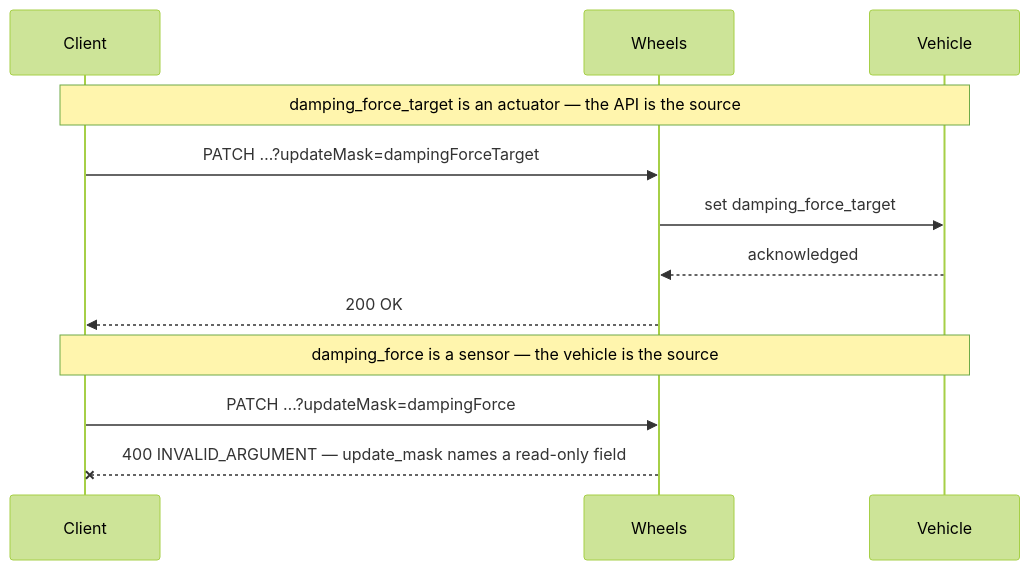
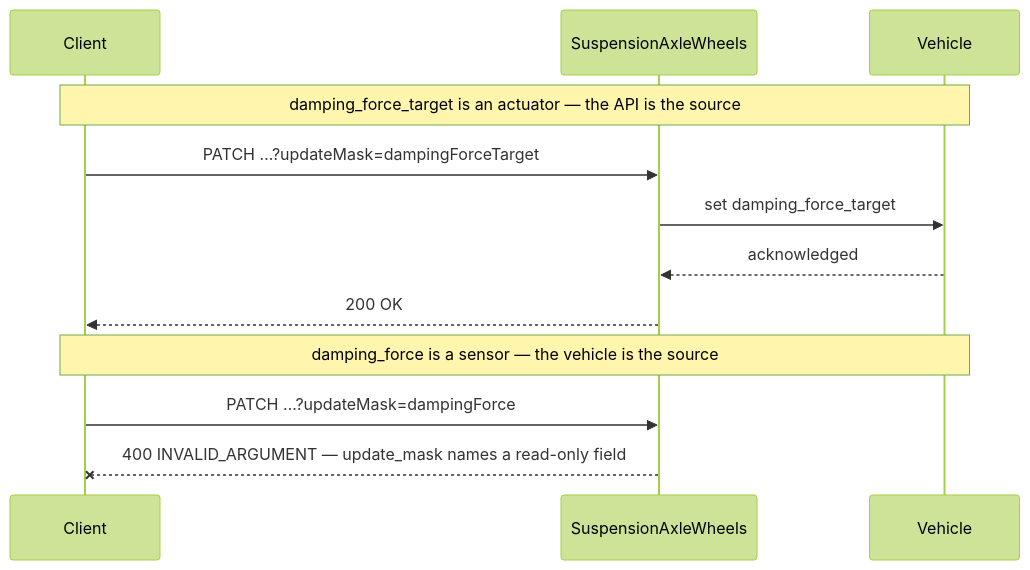
One commit to oh-tarnished/coversa-protobuf changed the second of 5 diagrams in protobuf/covesa/vss/motion/suspension_axle_wheel/README.md. Above: the diagram before and after it, drawn with Mermaid (forest theme). The commit also changed other lines of this file and 40 other files, not shown here.

First line of the commit message:
feat: Introduce BrakeAxleWheel and ChassisAxleWheel schemas

````diff
--- a/protobuf/covesa/vss/motion/suspension_axle_wheel/README.md
+++ b/protobuf/covesa/vss/motion/suspension_axle_wheel/README.md
@@ -65,16 +65,16 @@
 ```mermaid
 sequenceDiagram
   participant C as Client
-  participant A as Wheels
+  participant A as SuspensionAxleWheels
   participant V as Vehicle
 
   Note over C,V: damping_force_target is an actuator — the API is the source
   C->>A: PATCH …?updateMask=dampingForceTarget
   A->>V: set damping_force_target
   V-->>A: acknowledged
   A-->>C: 200 OK
 
   Note over C,V: damping_force is a sensor — the vehicle is the source
   C->>A: PATCH …?updateMask=dampingForce
   A--xC: 400 INVALID_ARGUMENT — update_mask names a read-only field
 ```
````
